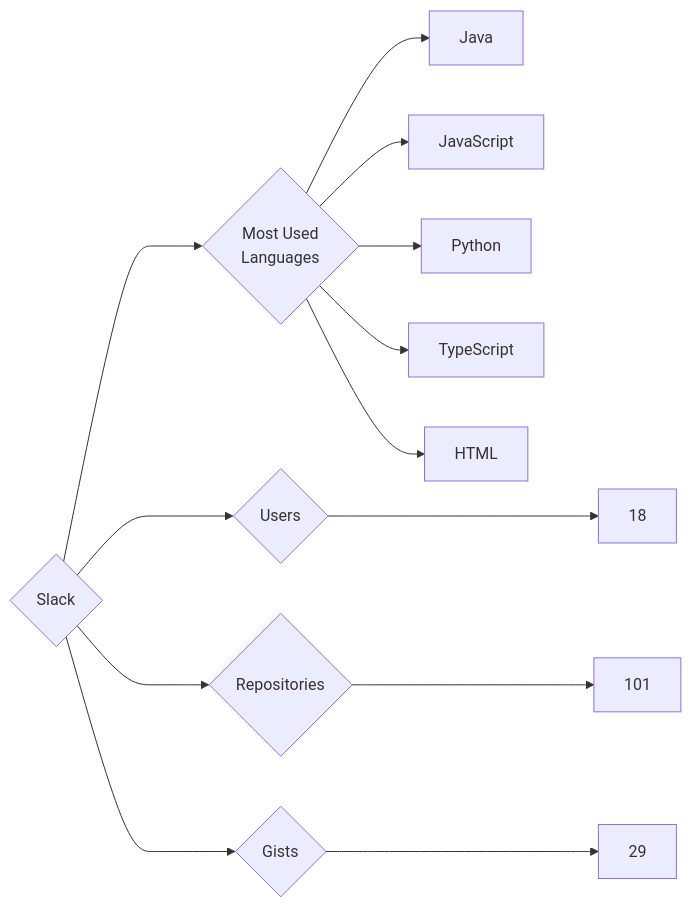
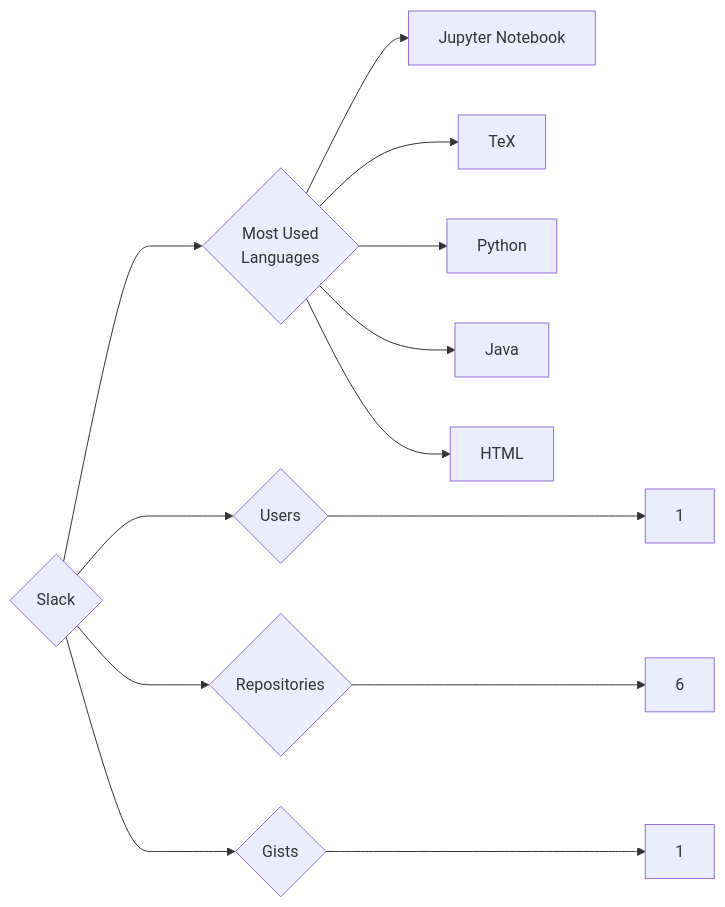
The diagram in targets/Slack/README.md (trickest/insiders), drawn with Mermaid before and after one commit. The commit also changed 839 other files, not shown here.

````diff
--- a/targets/Slack/README.md
+++ b/targets/Slack/README.md
@@ -3,13 +3,13 @@
 ```mermaid
 graph LR
 COMPANY_NAME{Slack}
-COMPANY_NAME ---> U{Users} ---> UN[18]
-COMPANY_NAME ---> R{Repositories} ---> RN[101]
-COMPANY_NAME ---> G{Gists} ---> GN[29]
+COMPANY_NAME ---> U{Users} ---> UN[1]
+COMPANY_NAME ---> R{Repositories} ---> RN[6]
+COMPANY_NAME ---> G{Gists} ---> GN[1]
 COMPANY_NAME ---> ML{Most Used<br>Languages}
+ML --> Jupyter_Notebook[Jupyter Notebook]
+ML --> TeX[TeX]
+ML --> Python[Python]
 ML --> Java[Java]
-ML --> JavaScript[JavaScript]
-ML --> Python[Python]
-ML --> TypeScript[TypeScript]
 ML --> HTML[HTML]
 ```
````
